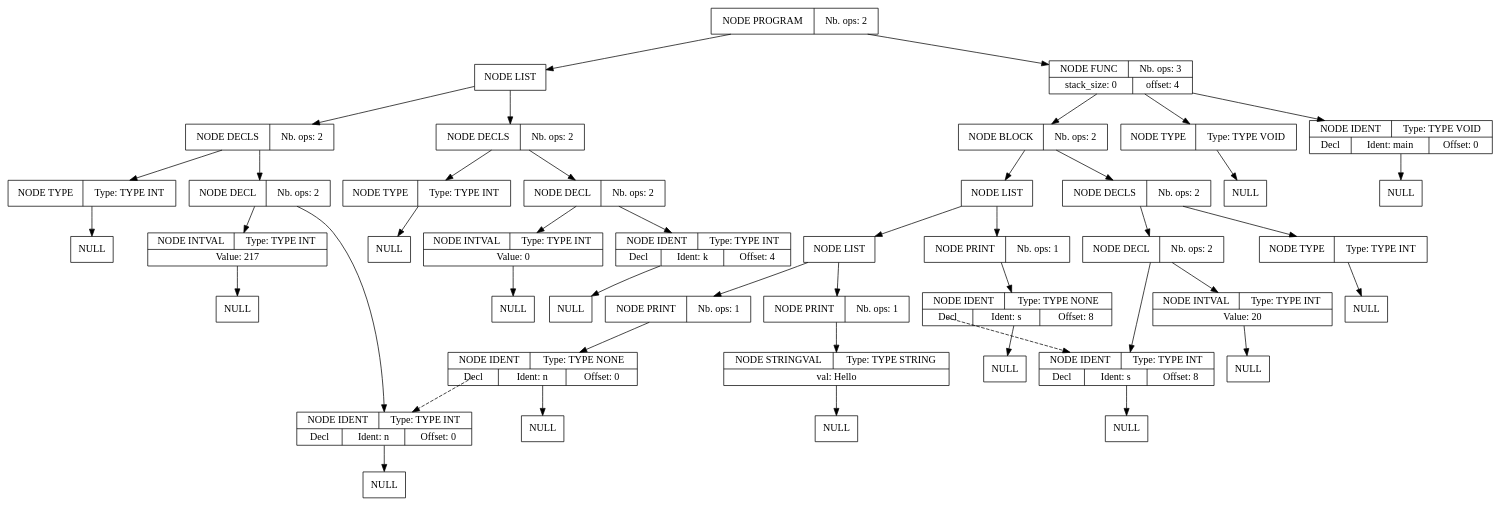
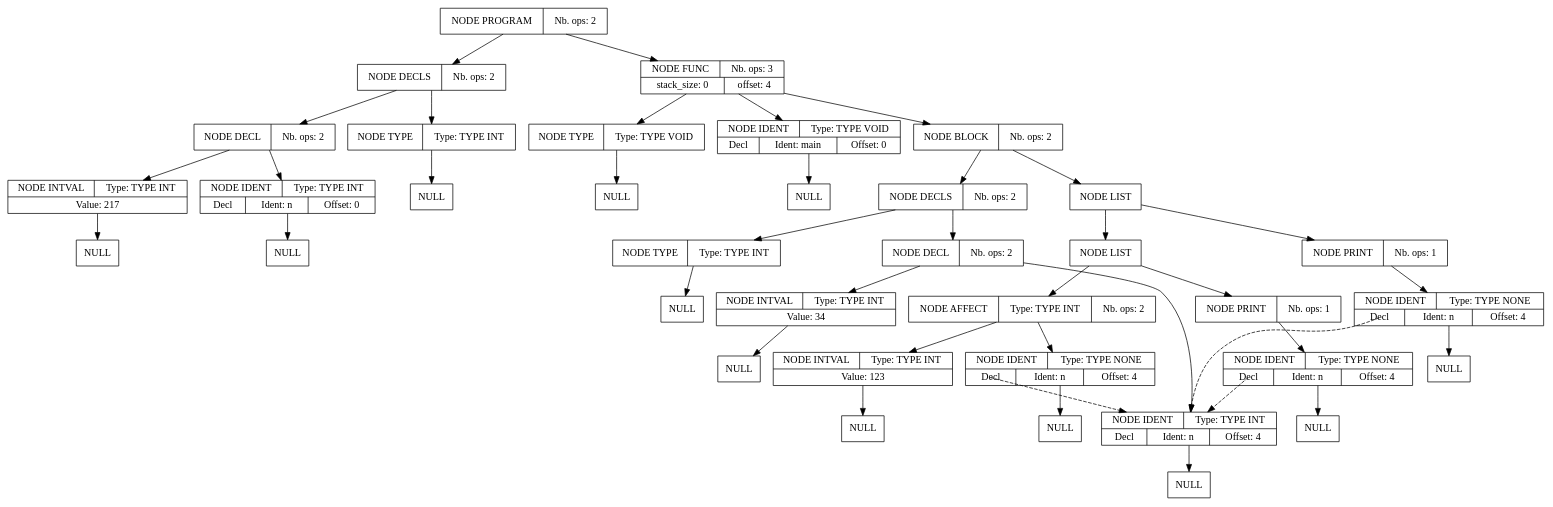
One commit to Serial-DeV/Compilation changed the diagram in projet_compilation_src/src/fichier_dump_fin.dot. Above: the diagram before and after it, drawn with Graphviz. The commit also changed 13 other files, not shown here.

```diff
--- a/projet_compilation_src/src/fichier_dump_fin.dot
+++ b/projet_compilation_src/src/fichier_dump_fin.dot
@@ -1,133 +1,114 @@
 digraph global_vars {
     N1 [shape=record, label="{{NODE PROGRAM|Nb. ops: 2}}"];
-    N2 [shape=record, label="{{NODE LIST}}"];
-    N3 [shape=record, label="{{NODE DECLS|Nb. ops: 2}}"];
-    N4 [shape=record, label="{{NODE TYPE|Type: TYPE INT}}"];
-    N5 [shape=record, label="{{NULL}}"];
-    edge[tailclip=true];
-    N4 -> N5
+    N2 [shape=record, label="{{NODE DECLS|Nb. ops: 2}}"];
+    N3 [shape=record, label="{{NODE TYPE|Type: TYPE INT}}"];
+    N4 [shape=record, label="{{NULL}}"];
     edge[tailclip=true];
     N3 -> N4
-    N6 [shape=record, label="{{NODE DECL|Nb. ops: 2}}"];
-    N7 [shape=record, label="{{NODE IDENT|Type: TYPE INT}|{<decl>Decl      |Ident: n|Offset: 0}}"];
-    N8 [shape=record, label="{{NULL}}"];
     edge[tailclip=true];
-    N7 -> N8
+    N2 -> N3
+    N5 [shape=record, label="{{NODE DECL|Nb. ops: 2}}"];
+    N6 [shape=record, label="{{NODE IDENT|Type: TYPE INT}|{<decl>Decl      |Ident: n|Offset: 0}}"];
+    N7 [shape=record, label="{{NULL}}"];
     edge[tailclip=true];
     N6 -> N7
-    N9 [shape=record, label="{{NODE INTVAL|Type: TYPE INT}|{Value: 217}}"];
-    N10 [shape=record, label="{{NULL}}"];
     edge[tailclip=true];
-    N9 -> N10
+    N5 -> N6
+    N8 [shape=record, label="{{NODE INTVAL|Type: TYPE INT}|{Value: 217}}"];
+    N9 [shape=record, label="{{NULL}}"];
     edge[tailclip=true];
-    N6 -> N9
+    N8 -> N9
     edge[tailclip=true];
-    N3 -> N6
+    N5 -> N8
     edge[tailclip=true];
-    N2 -> N3
-    N11 [shape=record, label="{{NODE DECLS|Nb. ops: 2}}"];
-    N12 [shape=record, label="{{NODE TYPE|Type: TYPE INT}}"];
-    N13 [shape=record, label="{{NULL}}"];
+    N2 -> N5
     edge[tailclip=true];
-    N12 -> N13
+    N1 -> N2
+    N10 [shape=record, label="{{NODE FUNC|Nb. ops: 3}|{stack_size: 0|offset: 4}}"];
+    N11 [shape=record, label="{{NODE TYPE|Type: TYPE VOID}}"];
+    N12 [shape=record, label="{{NULL}}"];
     edge[tailclip=true];
     N11 -> N12
-    N14 [shape=record, label="{{NODE DECL|Nb. ops: 2}}"];
-    N15 [shape=record, label="{{NODE IDENT|Type: TYPE INT}|{<decl>Decl      |Ident: k|Offset: 4}}"];
-    N16 [shape=record, label="{{NULL}}"];
     edge[tailclip=true];
-    N15 -> N16
+    N10 -> N11
+    N13 [shape=record, label="{{NODE IDENT|Type: TYPE VOID}|{<decl>Decl      |Ident: main|Offset: 0}}"];
+    N14 [shape=record, label="{{NULL}}"];
     edge[tailclip=true];
-    N14 -> N15
-    N17 [shape=record, label="{{NODE INTVAL|Type: TYPE INT}|{Value: 0}}"];
+    N13 -> N14
+    edge[tailclip=true];
+    N10 -> N13
+    N15 [shape=record, label="{{NODE BLOCK|Nb. ops: 2}}"];
+    N16 [shape=record, label="{{NODE DECLS|Nb. ops: 2}}"];
+    N17 [shape=record, label="{{NODE TYPE|Type: TYPE INT}}"];
     N18 [shape=record, label="{{NULL}}"];
     edge[tailclip=true];
     N17 -> N18
     edge[tailclip=true];
-    N14 -> N17
-    edge[tailclip=true];
-    N11 -> N14
-    edge[tailclip=true];
-    N2 -> N11
-    edge[tailclip=true];
-    N1 -> N2
-    N19 [shape=record, label="{{NODE FUNC|Nb. ops: 3}|{stack_size: 0|offset: 4}}"];
-    N20 [shape=record, label="{{NODE TYPE|Type: TYPE VOID}}"];
+    N16 -> N17
+    N19 [shape=record, label="{{NODE DECL|Nb. ops: 2}}"];
+    N20 [shape=record, label="{{NODE IDENT|Type: TYPE INT}|{<decl>Decl      |Ident: n|Offset: 4}}"];
     N21 [shape=record, label="{{NULL}}"];
     edge[tailclip=true];
     N20 -> N21
     edge[tailclip=true];
     N19 -> N20
-    N22 [shape=record, label="{{NODE IDENT|Type: TYPE VOID}|{<decl>Decl      |Ident: main|Offset: 0}}"];
+    N22 [shape=record, label="{{NODE INTVAL|Type: TYPE INT}|{Value: 34}}"];
     N23 [shape=record, label="{{NULL}}"];
     edge[tailclip=true];
     N22 -> N23
     edge[tailclip=true];
     N19 -> N22
-    N24 [shape=record, label="{{NODE BLOCK|Nb. ops: 2}}"];
-    N25 [shape=record, label="{{NODE DECLS|Nb. ops: 2}}"];
-    N26 [shape=record, label="{{NODE TYPE|Type: TYPE INT}}"];
-    N27 [shape=record, label="{{NULL}}"];
+    edge[tailclip=true];
+    N16 -> N19
+    edge[tailclip=true];
+    N15 -> N16
+    N24 [shape=record, label="{{NODE LIST}}"];
+    N25 [shape=record, label="{{NODE LIST}}"];
+    N26 [shape=record, label="{{NODE PRINT|Nb. ops: 1}}"];
+    N27 [shape=record, label="{{NODE IDENT|Type: TYPE NONE}|{<decl>Decl      |Ident: n|Offset: 4}}"];
+    edge[tailclip=false];
+    "N27":decl:c -> "N20" [style=dashed]
+    N28 [shape=record, label="{{NULL}}"];
+    edge[tailclip=true];
+    N27 -> N28
     edge[tailclip=true];
     N26 -> N27
     edge[tailclip=true];
     N25 -> N26
-    N28 [shape=record, label="{{NODE DECL|Nb. ops: 2}}"];
-    N29 [shape=record, label="{{NODE IDENT|Type: TYPE INT}|{<decl>Decl      |Ident: s|Offset: 8}}"];
-    N30 [shape=record, label="{{NULL}}"];
+    N29 [shape=record, label="{{NODE AFFECT|Type: TYPE INT|Nb. ops: 2}}"];
+    N30 [shape=record, label="{{NODE IDENT|Type: TYPE NONE}|{<decl>Decl      |Ident: n|Offset: 4}}"];
+    edge[tailclip=false];
+    "N30":decl:c -> "N20" [style=dashed]
+    N31 [shape=record, label="{{NULL}}"];
+    edge[tailclip=true];
+    N30 -> N31
     edge[tailclip=true];
     N29 -> N30
+    N32 [shape=record, label="{{NODE INTVAL|Type: TYPE INT}|{Value: 123}}"];
+    N33 [shape=record, label="{{NULL}}"];
     edge[tailclip=true];
-    N28 -> N29
-    N31 [shape=record, label="{{NODE INTVAL|Type: TYPE INT}|{Value: 20}}"];
-    N32 [shape=record, label="{{NULL}}"];
+    N32 -> N33
     edge[tailclip=true];
-    N31 -> N32
+    N29 -> N32
     edge[tailclip=true];
-    N28 -> N31
-    edge[tailclip=true];
-    N25 -> N28
+    N25 -> N29
     edge[tailclip=true];
     N24 -> N25
-    N33 [shape=record, label="{{NODE LIST}}"];
-    N34 [shape=record, label="{{NODE LIST}}"];
-    N35 [shape=record, label="{{NODE PRINT|Nb. ops: 1}}"];
-    N36 [shape=record, label="{{NODE IDENT|Type: TYPE NONE}|{<decl>Decl      |Ident: n|Offset: 0}}"];
+    N34 [shape=record, label="{{NODE PRINT|Nb. ops: 1}}"];
+    N35 [shape=record, label="{{NODE IDENT|Type: TYPE NONE}|{<decl>Decl      |Ident: n|Offset: 4}}"];
     edge[tailclip=false];
-    "N36":decl:c -> "N7" [style=dashed]
-    N37 [shape=record, label="{{NULL}}"];
-    edge[tailclip=true];
-    N36 -> N37
+    "N35":decl:c -> "N20" [style=dashed]
+    N36 [shape=record, label="{{NULL}}"];
     edge[tailclip=true];
     N35 -> N36
     edge[tailclip=true];
     N34 -> N35
-    N38 [shape=record, label="{{NODE PRINT|Nb. ops: 1}}"];
-    N39 [shape=record, label="{{NODE STRINGVAL|Type: TYPE STRING}|{val: Hello\n}}"];
-    N40 [shape=record, label="{{NULL}}"];
     edge[tailclip=true];
-    N39 -> N40
+    N24 -> N34
     edge[tailclip=true];
-    N38 -> N39
+    N15 -> N24
     edge[tailclip=true];
-    N34 -> N38
+    N10 -> N15
     edge[tailclip=true];
-    N33 -> N34
-    N41 [shape=record, label="{{NODE PRINT|Nb. ops: 1}}"];
-    N42 [shape=record, label="{{NODE IDENT|Type: TYPE NONE}|{<decl>Decl      |Ident: s|Offset: 8}}"];
-    edge[tailclip=false];
-    "N42":decl:c -> "N29" [style=dashed]
-    N43 [shape=record, label="{{NULL}}"];
-    edge[tailclip=true];
-    N42 -> N43
-    edge[tailclip=true];
-    N41 -> N42
-    edge[tailclip=true];
-    N33 -> N41
-    edge[tailclip=true];
-    N24 -> N33
-    edge[tailclip=true];
-    N19 -> N24
-    edge[tailclip=true];
-    N1 -> N19
+    N1 -> N10
 }
```
